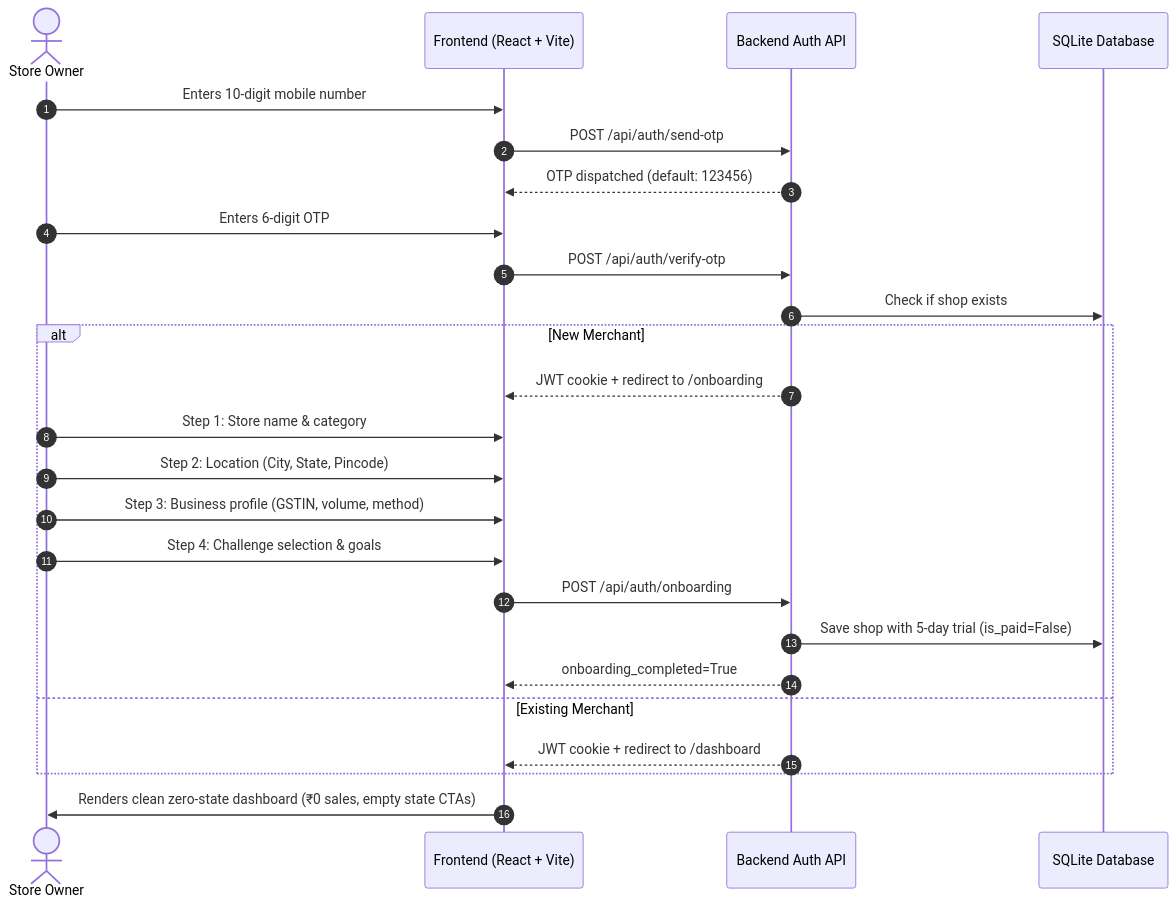
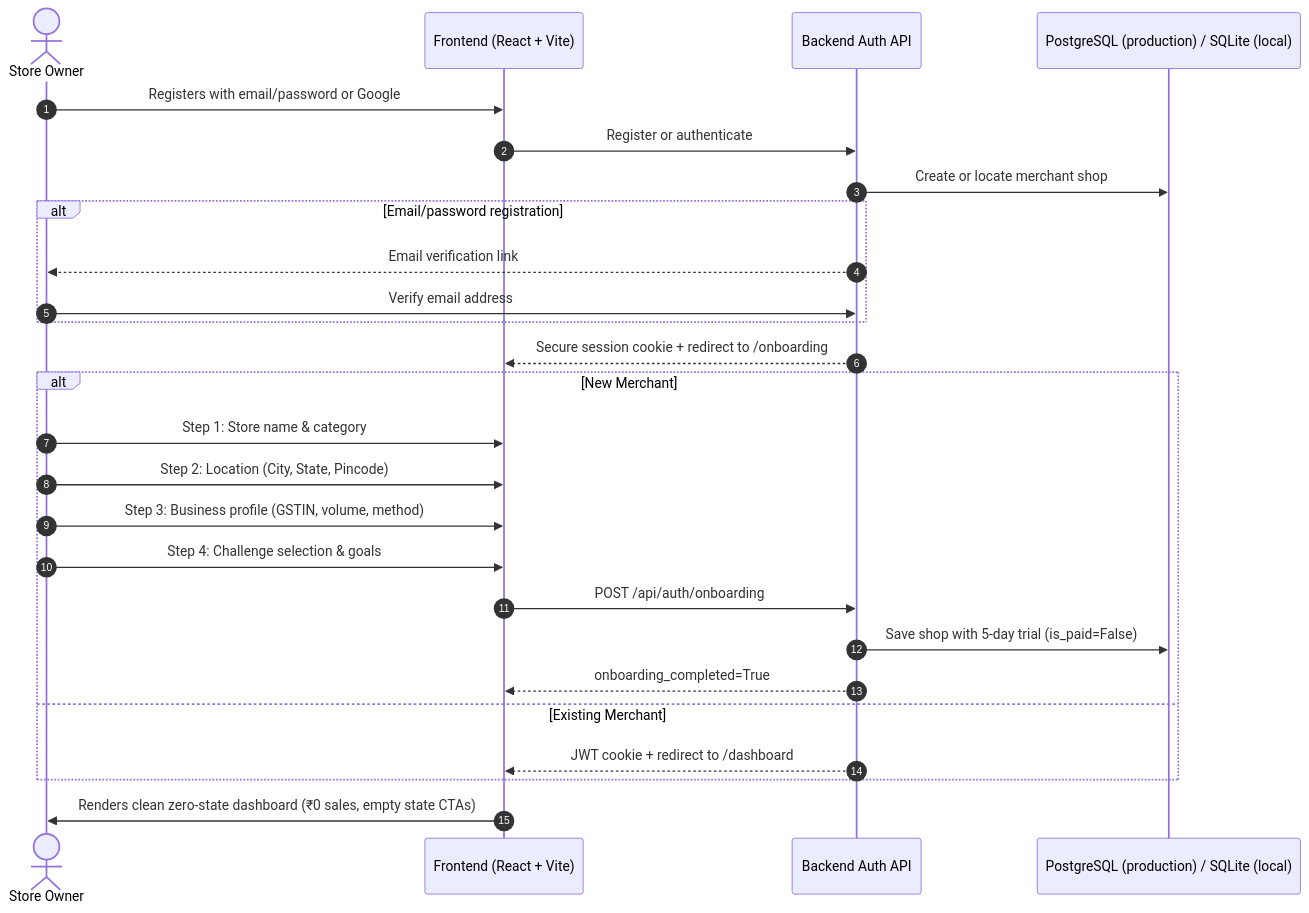
One commit to PraptiRudrawar24/Store-BI changed the second of 5 diagrams in docs/user-flow.md. Above: the diagram before and after it, drawn with Mermaid. The commit also changed other lines of this file and 16 other files, not shown here.

````diff
--- a/docs/user-flow.md
+++ b/docs/user-flow.md
@@ -57,28 +57,29 @@
 ```mermaid
 sequenceDiagram
     autonumber
     actor Merchant as Store Owner
     participant Client as Frontend (React + Vite)
     participant Auth as Backend Auth API
-    participant DB as SQLite Database
+    participant DB as PostgreSQL (production) / SQLite (local)
 
-    Merchant->>Client: Enters 10-digit mobile number
-    Client->>Auth: POST /api/auth/send-otp
-    Auth-->>Client: OTP dispatched (default: 123456)
-    Merchant->>Client: Enters 6-digit OTP
-    Client->>Auth: POST /api/auth/verify-otp
-    Auth->>DB: Check if shop exists
+    Merchant->>Client: Registers with email/password or Google
+    Client->>Auth: Register or authenticate
+    Auth->>DB: Create or locate merchant shop
+    alt Email/password registration
+        Auth-->>Merchant: Email verification link
+        Merchant->>Auth: Verify email address
+    end
+    Auth-->>Client: Secure session cookie + redirect to /onboarding
     alt New Merchant
-        Auth-->>Client: JWT cookie + redirect to /onboarding
         Merchant->>Client: Step 1: Store name & category
         Merchant->>Client: Step 2: Location (City, State, Pincode)
         Merchant->>Client: Step 3: Business profile (GSTIN, volume, method)
         Merchant->>Client: Step 4: Challenge selection & goals
         Client->>Auth: POST /api/auth/onboarding
         Auth->>DB: Save shop with 5-day trial (is_paid=False)
         Auth-->>Client: onboarding_completed=True
     else Existing Merchant
         Auth-->>Client: JWT cookie + redirect to /dashboard
     end
     Client->>Merchant: Renders clean zero-state dashboard (₹0 sales, empty state CTAs)
 ```
````
